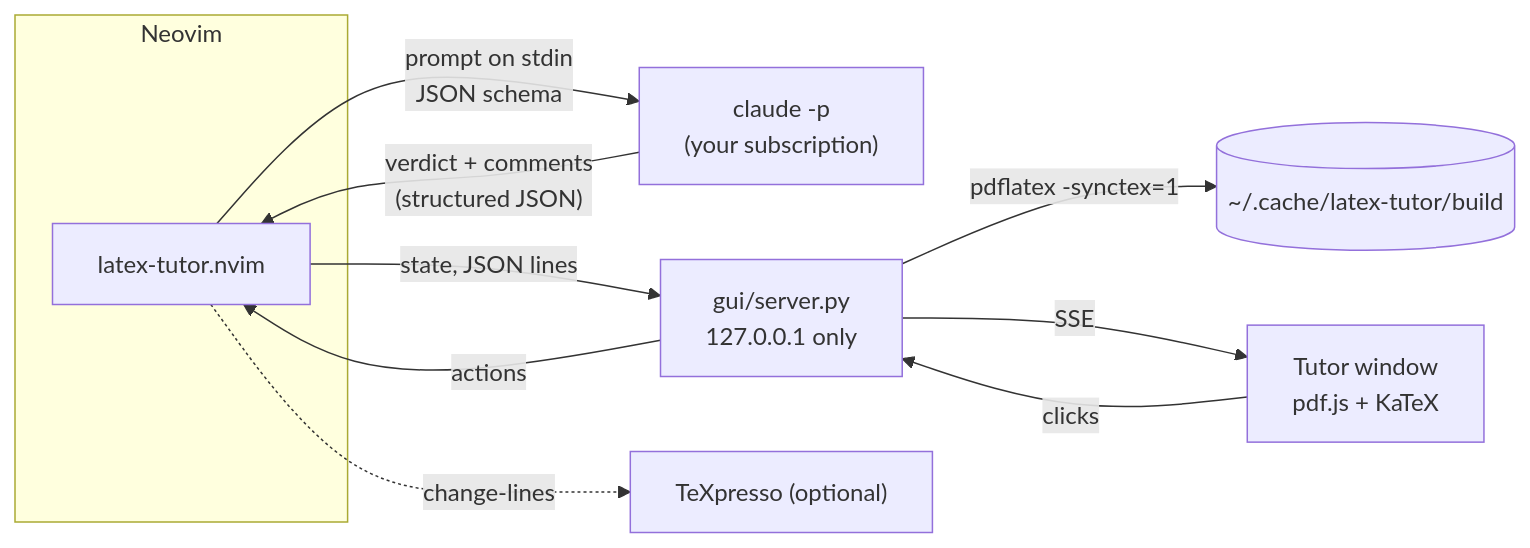
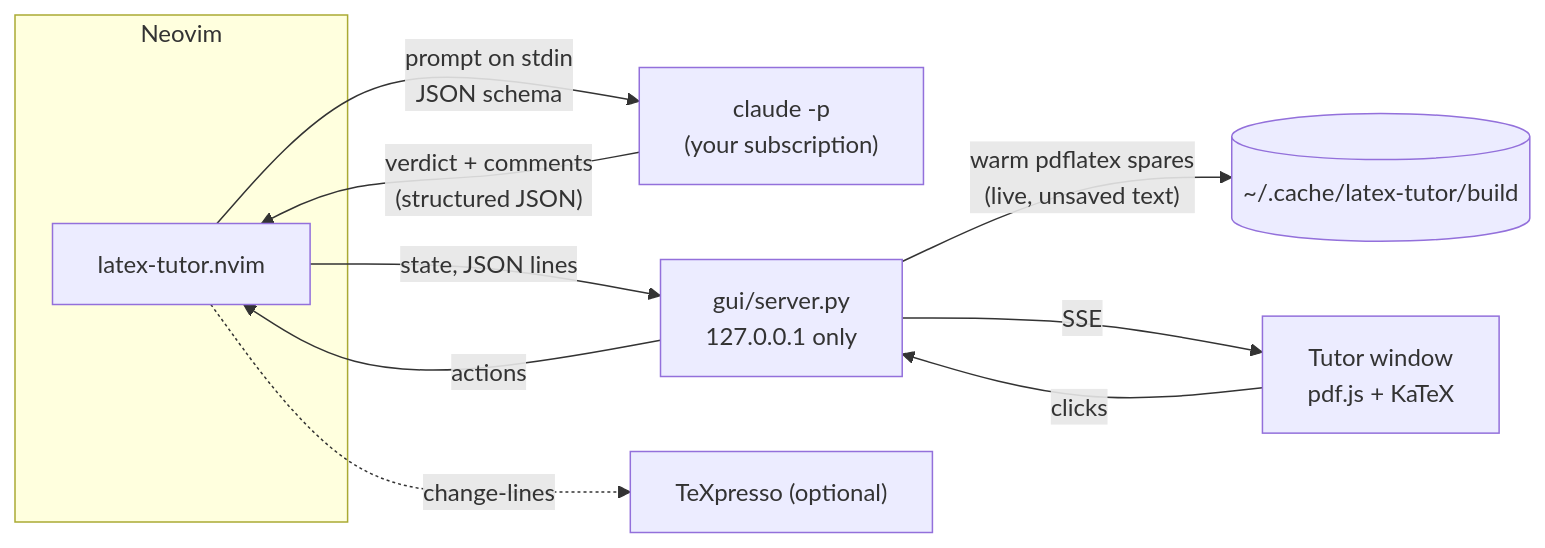
One commit to DALEE9000/latex-tutor.nvim changed the second of 2 diagrams in README.md. Above: the diagram before and after it, drawn with Mermaid. The commit also changed other lines of this file and 6 other files, not shown here.

First line of the commit message:
Live preview: rebuild from unsaved text as you type

````diff
--- a/README.md
+++ b/README.md
@@ -341,14 +346,14 @@
 ```mermaid
 flowchart LR
     subgraph nvim["Neovim"]
       P["latex-tutor.nvim"]
     end
     P -- "prompt on stdin<br/>JSON schema" --> C["claude -p<br/>(your subscription)"]
     C -- "verdict + comments<br/>(structured JSON)" --> P
     P -- "state, JSON lines" --> S["gui/server.py<br/>127.0.0.1 only"]
-    S -- "pdflatex -synctex=1" --> B[("~/.cache/latex-tutor/build")]
+    S -- "warm pdflatex spares<br/>(live, unsaved text)" --> B[("~/.cache/latex-tutor/build")]
     S -- "SSE" --> W["Tutor window<br/>pdf.js + KaTeX"]
     W -- "clicks" --> S
     S -- "actions" --> P
     P -. "change-lines" .-> T["TeXpresso (optional)"]
 ```
````
